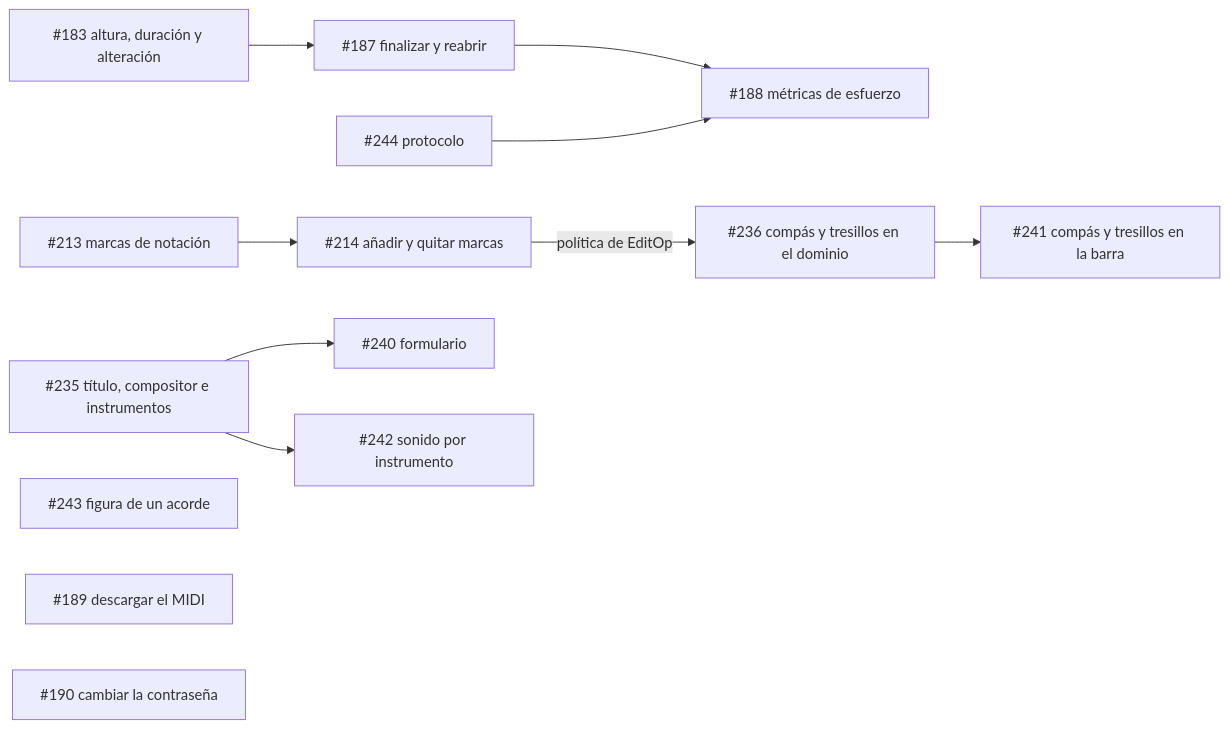
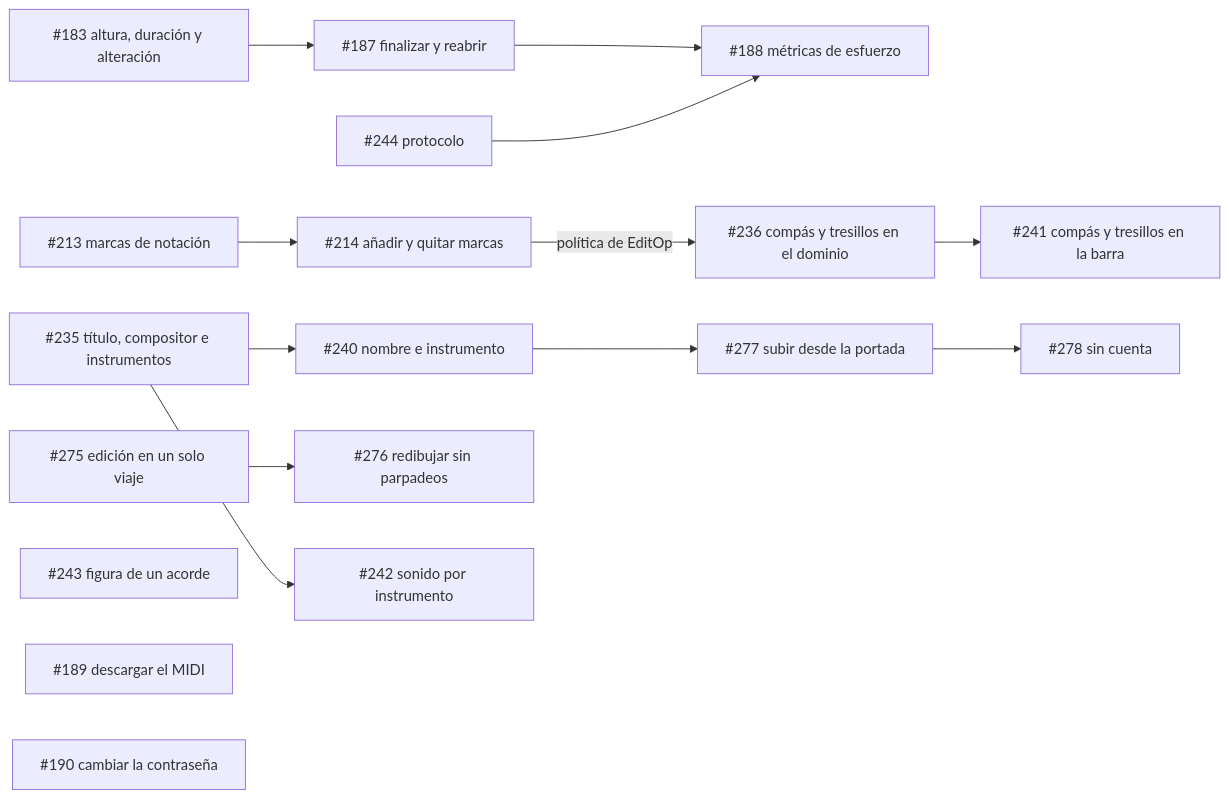
Before and after one commit to sebdavid3/Cadenza: the diagram in docs/phases/phase_8_web_interface/README.md, drawn with Mermaid. The commit also changed other lines of this file and 5 other files, not shown here.

````diff
--- a/docs/phases/phase_8_web_interface/README.md
+++ b/docs/phases/phase_8_web_interface/README.md
@@ -72,14 +76,17 @@
 ```mermaid
 flowchart LR
     S213["#213 marcas de notación"] --> S214["#214 añadir y quitar marcas"]
     S183["#183 altura, duración y alteración"] --> S187["#187 finalizar y reabrir"]
     S187 --> S188["#188 métricas de esfuerzo"]
     S244["#244 protocolo"] --> S188
     S214 -->|política de EditOp| S236["#236 compás y tresillos en el dominio"]
     S236 --> S241["#241 compás y tresillos en la barra"]
-    S235["#235 título, compositor e instrumentos"] --> S240["#240 formulario"]
+    S235["#235 título, compositor e instrumentos"] --> S240["#240 nombre e instrumento"]
+    S240 --> S277["#277 subir desde la portada"]
+    S277 --> S278["#278 sin cuenta"]
+    S275["#275 edición en un solo viaje"] --> S276["#276 redibujar sin parpadeos"]
     S235 --> S242["#242 sonido por instrumento"]
     S243["#243 figura de un acorde"]
     S189["#189 descargar el MIDI"]
     S190["#190 cambiar la contraseña"]
 ```
````
